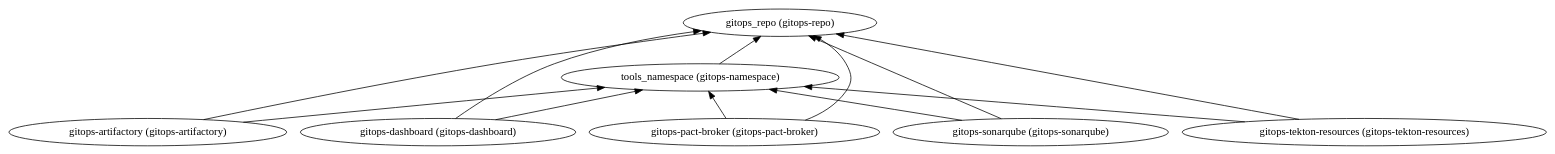
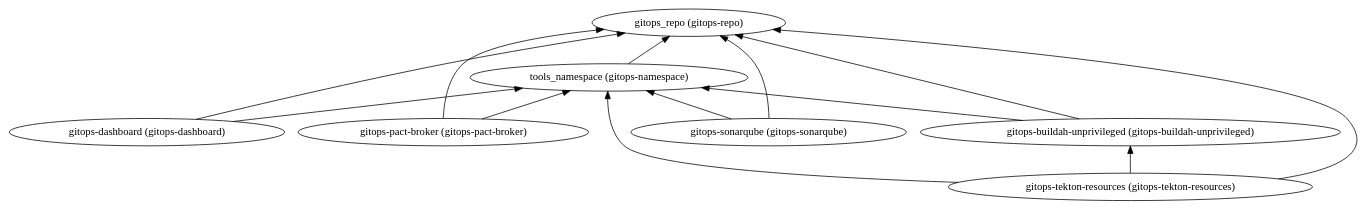
Before and after one commit to IBM/automation-ibmcloud-infra-openshift: the diagram in 1-quickstart/220-dev-tools/dependencies.dot, drawn with Graphviz. The commit also changed 4 other files, not shown here.

Commit message:
Updates tekton-resources and adds buildah-unprivileged module

```diff
--- a/1-quickstart/220-dev-tools/dependencies.dot
+++ b/1-quickstart/220-dev-tools/dependencies.dot
@@ -1,21 +1,22 @@
 digraph {
     rankdir="BT"
-    "gitops-artifactory (gitops-artifactory)" -> "gitops_repo (gitops-repo)"
-"gitops-artifactory (gitops-artifactory)" -> "tools_namespace (gitops-namespace)"
-"gitops-artifactory (gitops-artifactory)"
+    "gitops-dashboard (gitops-dashboard)" -> "gitops_repo (gitops-repo)"
+"gitops-dashboard (gitops-dashboard)" -> "tools_namespace (gitops-namespace)"
+"gitops-dashboard (gitops-dashboard)"
 "gitops_repo (gitops-repo)"
 "tools_namespace (gitops-namespace)" -> "gitops_repo (gitops-repo)"
 "tools_namespace (gitops-namespace)"
-"gitops-dashboard (gitops-dashboard)" -> "gitops_repo (gitops-repo)"
-"gitops-dashboard (gitops-dashboard)" -> "tools_namespace (gitops-namespace)"
-"gitops-dashboard (gitops-dashboard)"
 "gitops-pact-broker (gitops-pact-broker)" -> "gitops_repo (gitops-repo)"
 "gitops-pact-broker (gitops-pact-broker)" -> "tools_namespace (gitops-namespace)"
 "gitops-pact-broker (gitops-pact-broker)"
 "gitops-sonarqube (gitops-sonarqube)" -> "gitops_repo (gitops-repo)"
 "gitops-sonarqube (gitops-sonarqube)" -> "tools_namespace (gitops-namespace)"
 "gitops-sonarqube (gitops-sonarqube)"
 "gitops-tekton-resources (gitops-tekton-resources)" -> "gitops_repo (gitops-repo)"
 "gitops-tekton-resources (gitops-tekton-resources)" -> "tools_namespace (gitops-namespace)"
+"gitops-tekton-resources (gitops-tekton-resources)" -> "gitops-buildah-unprivileged (gitops-buildah-unprivileged)"
 "gitops-tekton-resources (gitops-tekton-resources)"
+"gitops-buildah-unprivileged (gitops-buildah-unprivileged)" -> "gitops_repo (gitops-repo)"
+"gitops-buildah-unprivileged (gitops-buildah-unprivileged)" -> "tools_namespace (gitops-namespace)"
+"gitops-buildah-unprivileged (gitops-buildah-unprivileged)"
   }
```
